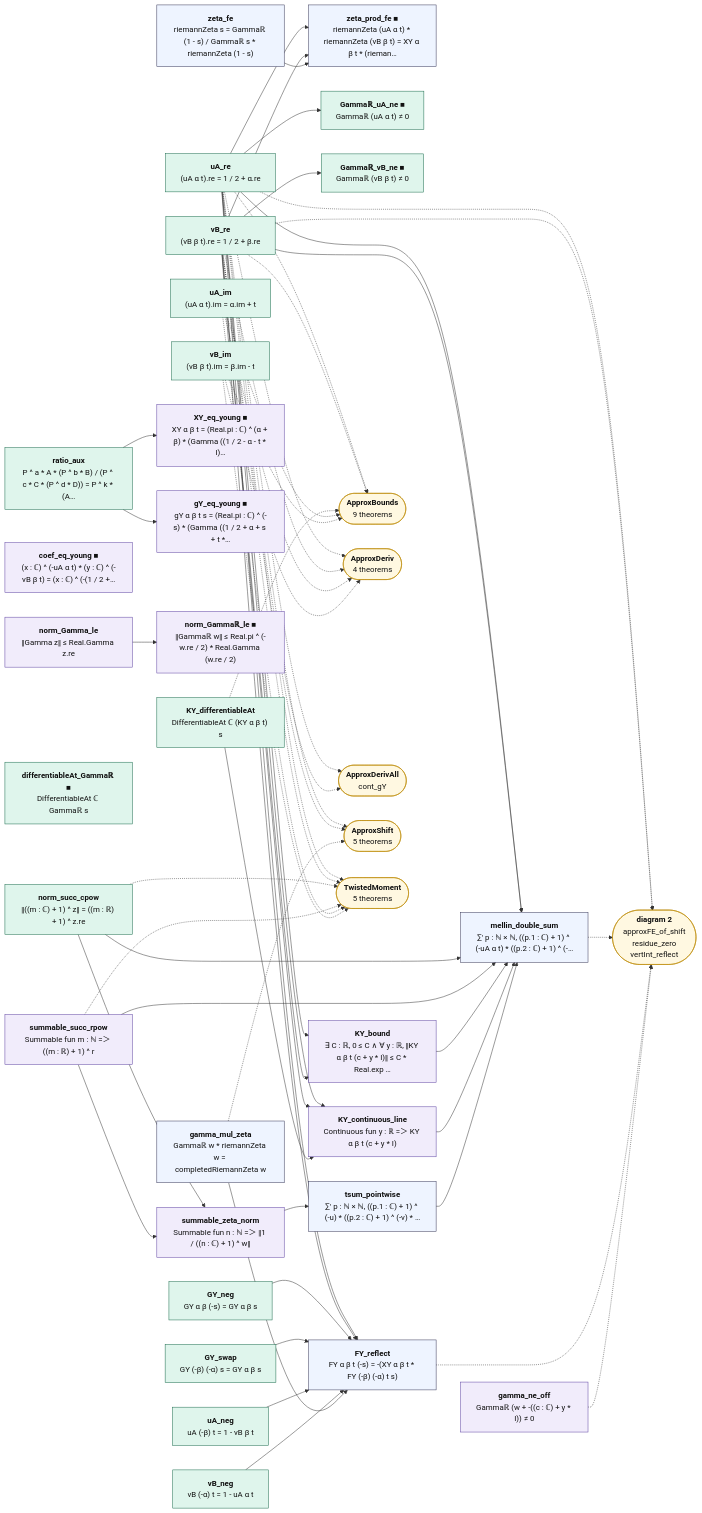
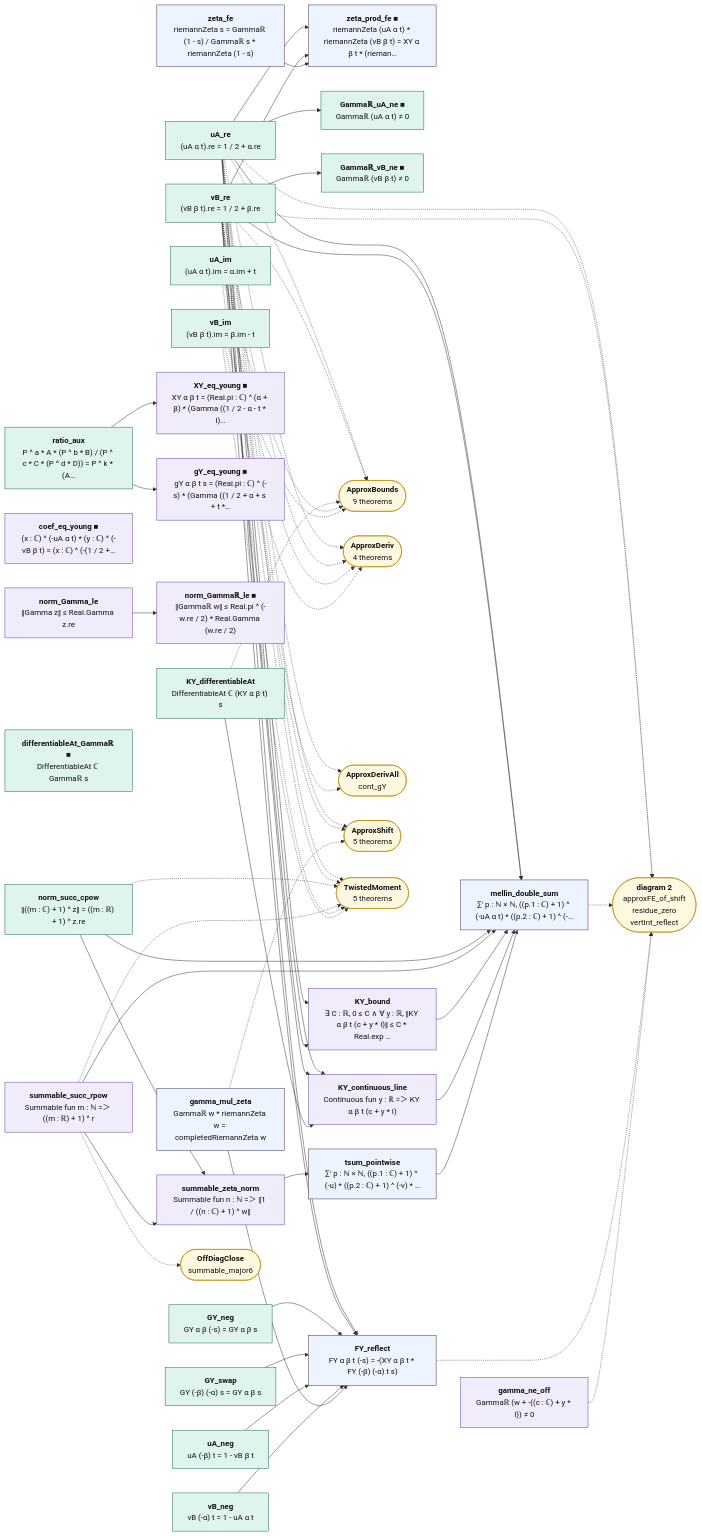
One commit to juliansambranojr/Primebeat_081426 changed the diagram in map/lean_stage3/ApproxFE.1.mmd. Above: the diagram before and after it, drawn with Mermaid. The commit also changed 23 other files, not shown here.

```diff
--- a/map/lean_stage3/ApproxFE.1.mmd
+++ b/map/lean_stage3/ApproxFE.1.mmd
@@ -1,100 +1,102 @@
 flowchart LR
   n0["<b>uA_re</b><br/>(uA α t).re = 1 / 2 + α.re"]:::cnt
   n1["<b>vB_re</b><br/>(vB β t).re = 1 / 2 + β.re"]:::cnt
   n2["<b>uA_im</b><br/>(uA α t).im = α.im + t"]:::cnt
   n3["<b>vB_im</b><br/>(vB β t).im = β.im - t"]:::cnt
   n4["<b>zeta_fe</b><br/>riemannZeta s = Gammaℝ (1 - s) / Gammaℝ s * riemannZeta (1 - s)"]:::thm
   n5["<b>zeta_prod_fe ■</b><br/>riemannZeta (uA α t) * riemannZeta (vB β t) = XY α β t * (rieman…"]:::thm
   n6["<b>Gammaℝ_uA_ne ■</b><br/>Gammaℝ (uA α t) ≠ 0"]:::cnt
   n7["<b>Gammaℝ_vB_ne ■</b><br/>Gammaℝ (vB β t) ≠ 0"]:::cnt
   n8["<b>ratio_aux</b><br/>P ^ a * A * (P ^ b * B) / (P ^ c * C * (P ^ d * D)) = P ^ k * (A…"]:::cnt
   n9["<b>XY_eq_young ■</b><br/>XY α β t = (Real.pi : ℂ) ^ (α + β) * (Gamma ((1 / 2 - α - t * I)…"]:::shp
   n10["<b>gY_eq_young ■</b><br/>gY α β t s = (Real.pi : ℂ) ^ (-s) * (Gamma ((1 / 2 + α + s + t *…"]:::shp
   n11["<b>coef_eq_young ■</b><br/>(x : ℂ) ^ (-uA α t) * (y : ℂ) ^ (-vB β t) = (x : ℂ) ^ (-(1 / 2 +…"]:::shp
   n12["<b>norm_Gamma_le</b><br/>‖Gamma z‖ ≤ Real.Gamma z.re"]:::shp
   n13["<b>norm_Gammaℝ_le ■</b><br/>‖Gammaℝ w‖ ≤ Real.pi ^ (-w.re / 2) * Real.Gamma (w.re / 2)"]:::shp
   n14["<b>differentiableAt_Gammaℝ ■</b><br/>DifferentiableAt ℂ Gammaℝ s"]:::cnt
   n15["<b>norm_succ_cpow</b><br/>‖((m : ℂ) + 1) ^ z‖ = ((m : ℝ) + 1) ^ z.re"]:::cnt
   n16["<b>summable_succ_rpow</b><br/>Summable fun m : ℕ =＞ ((m : ℝ) + 1) ^ r"]:::shp
   n17["<b>summable_zeta_norm</b><br/>Summable fun n : ℕ =＞ ‖1 / ((n : ℂ) + 1) ^ w‖"]:::shp
   n18["<b>KY_bound</b><br/>∃ C : ℝ, 0 ≤ C ∧ ∀ y : ℝ, ‖KY α β t (c + y * I)‖ ≤ C * Real.exp …"]:::shp
   n19["<b>KY_differentiableAt</b><br/>DifferentiableAt ℂ (KY α β t) s"]:::cnt
   n20["<b>KY_continuous_line</b><br/>Continuous fun y : ℝ =＞ KY α β t (c + y * I)"]:::shp
   n21["<b>tsum_pointwise</b><br/>∑' p : ℕ × ℕ, ((p.1 : ℂ) + 1) ^ (-u) * ((p.2 : ℂ) + 1) ^ (-v) * …"]:::thm
   n22["<b>mellin_double_sum</b><br/>∑' p : ℕ × ℕ, ((p.1 : ℂ) + 1) ^ (-uA α t) * ((p.2 : ℂ) + 1) ^ (-…"]:::thm
   n23["<b>GY_neg</b><br/>GY α β (-s) = GY α β s"]:::cnt
   n24["<b>GY_swap</b><br/>GY (-β) (-α) s = GY α β s"]:::cnt
   n25["<b>uA_neg</b><br/>uA (-β) t = 1 - vB β t"]:::cnt
   n26["<b>vB_neg</b><br/>vB (-α) t = 1 - uA α t"]:::cnt
   n27["<b>gamma_mul_zeta</b><br/>Gammaℝ w * riemannZeta w = completedRiemannZeta w"]:::thm
   n28["<b>FY_reflect</b><br/>FY α β t (-s) = -(XY α β t * FY (-β) (-α) t s)"]:::thm
   n29["<b>gamma_ne_off</b><br/>Gammaℝ (w + -((c : ℂ) + y * I)) ≠ 0"]:::shp
   x0(["<b>ApproxBounds</b><br/>9 theorems"]):::ext
   x1(["<b>ApproxDeriv</b><br/>4 theorems"]):::ext
   x2(["<b>ApproxDerivAll</b><br/>cont_gY"]):::ext
   x3(["<b>diagram 2</b><br/>approxFE_of_shift<br/>residue_zero<br/>vertInt_reflect"]):::ext
   x4(["<b>ApproxShift</b><br/>5 theorems"]):::ext
   x5(["<b>TwistedMoment</b><br/>5 theorems"]):::ext
+  x6(["<b>OffDiagClose</b><br/>summable_major6"]):::ext
   n0 --> n18
   n0 --> n20
   n0 --> n22
   n0 --> n28
   n0 --> n5
   n0 --> n6
   n1 --> n18
   n1 --> n20
   n1 --> n22
   n1 --> n28
   n1 --> n5
   n1 --> n7
   n12 --> n13
   n15 --> n17
   n15 --> n22
   n16 --> n17
   n16 --> n22
   n17 --> n21
   n18 --> n22
   n19 --> n20
   n20 --> n22
   n21 --> n22
   n23 --> n28
   n24 --> n28
   n25 --> n28
   n26 --> n28
   n27 --> n28
   n4 --> n5
   n8 --> n10
   n8 --> n9
   n0 -.-> x0
   n0 -.-> x1
   n0 -.-> x2
   n0 -.-> x3
   n0 -.-> x4
   n0 -.-> x5
   n1 -.-> x0
   n1 -.-> x1
   n1 -.-> x2
   n1 -.-> x3
   n1 -.-> x4
   n1 -.-> x5
   n15 -.-> x5
   n16 -.-> x5
+  n16 -.-> x6
   n19 -.-> x0
   n2 -.-> x0
   n2 -.-> x1
   n2 -.-> x5
   n22 -.-> x3
   n27 -.-> x4
   n28 -.-> x3
   n29 -.-> x3
   n3 -.-> x0
   n3 -.-> x1
   n3 -.-> x5
   classDef cnt fill:#dff5ec,stroke:#17694a,color:#111
   classDef shp fill:#f1ecfb,stroke:#5b3fa0,color:#111
   classDef rh fill:#ffe5e5,stroke:#c22,color:#111,stroke-width:2px
   classDef thm fill:#eef4ff,stroke:#335,color:#111
   classDef end_ fill:#e7f7e7,stroke:#2a7,color:#111,stroke-width:2px
   classDef lone fill:#fff,stroke:#999,color:#111,stroke-dasharray:4 3
   classDef bad fill:#ffe5e5,stroke:#c22,color:#111,stroke-width:2px
   classDef ext fill:#fff8e1,stroke:#b80,color:#111
```
